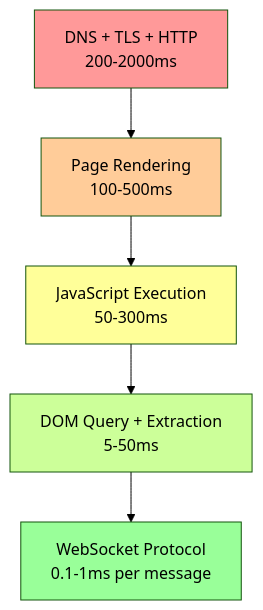
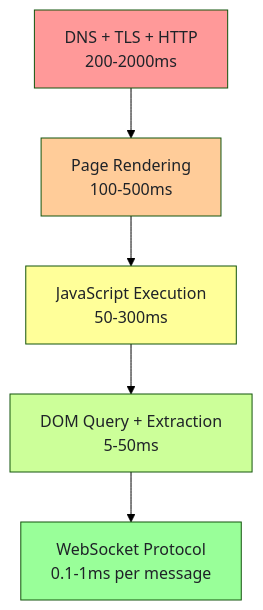
Before and after one commit to bytetunnels/bytetunnels.github.com: the fourth of 6 diagrams in _posts/2026-02-15-camoufox-with-javascript-browser-automation-without-detection.md, drawn with Mermaid (forest theme). The commit also changed other lines of this file and 118 other files, not shown here.

Commit message:
feat: improve diagram styling and compact wide flowcharts

````diff
--- a/_posts/2026-02-15-camoufox-with-javascript-browser-automation-without-detection.md
+++ b/_posts/2026-02-15-camoufox-with-javascript-browser-automation-without-detection.md
@@ -467,13 +473,13 @@
 ```mermaid
 graph TD
     A["DNS + TLS + HTTP<br>200-2000ms"] --> B["Page Rendering<br>100-500ms"]
     B --> C["JavaScript Execution<br>50-300ms"]
     C --> D["DOM Query + Extraction<br>5-50ms"]
     D --> E["WebSocket Protocol<br>0.1-1ms per message"]
 
-    style A fill:#ff9999
-    style B fill:#ffcc99
-    style C fill:#ffff99
-    style D fill:#ccff99
-    style E fill:#99ff99
+    style A fill:#ff9999,color:#1f2328
+    style B fill:#ffcc99,color:#1f2328
+    style C fill:#ffff99,color:#1f2328
+    style D fill:#ccff99,color:#1f2328
+    style E fill:#99ff99,color:#1f2328
 ```
````
